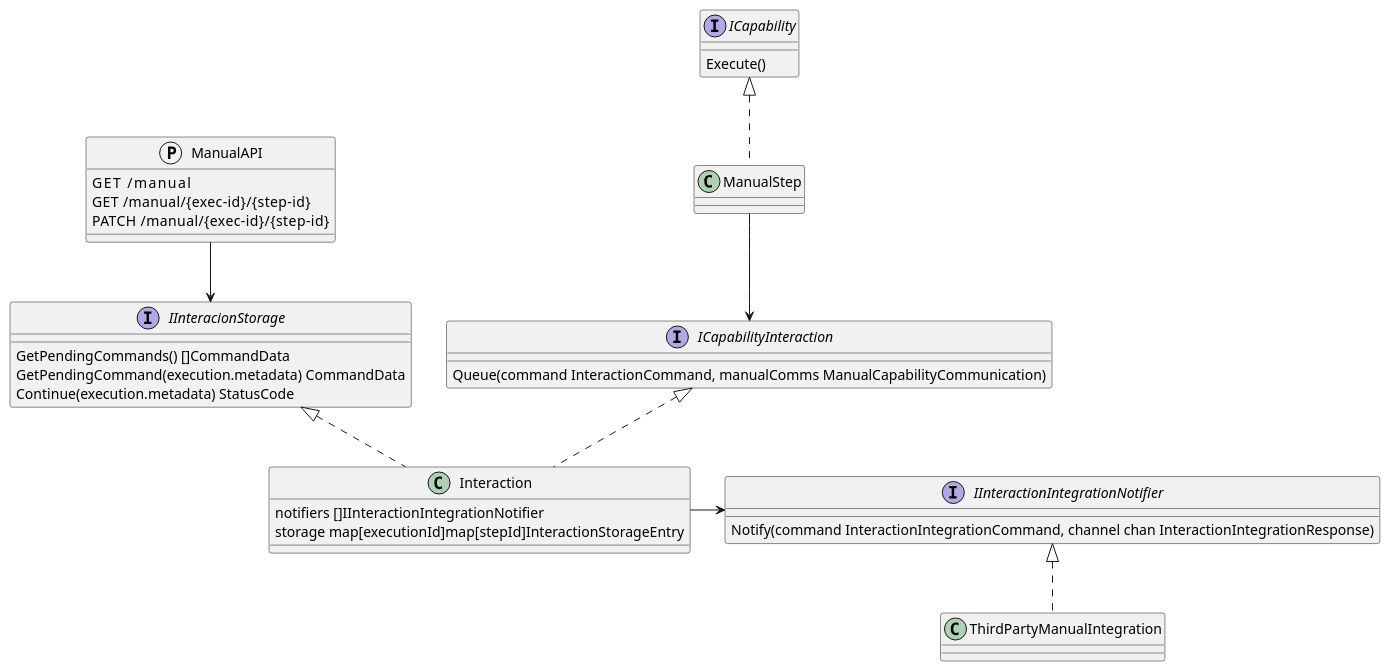
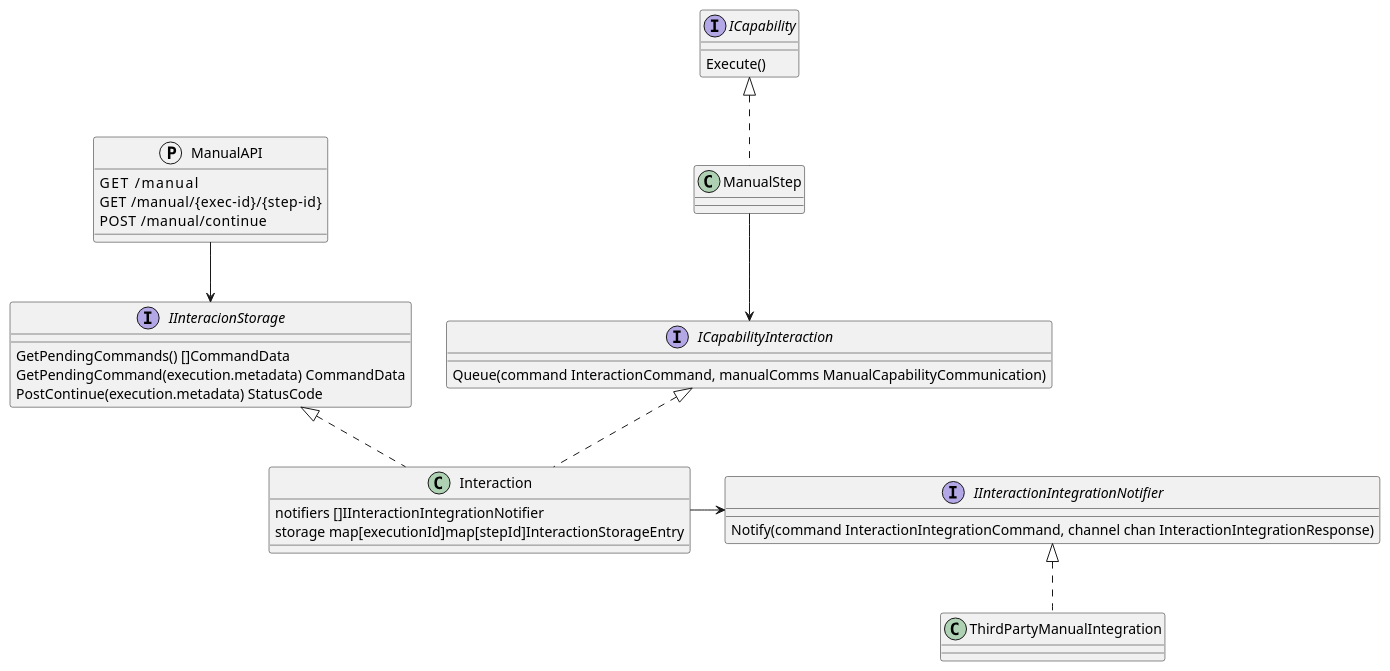
One commit to COSSAS/SOARCA changed the first of 2 diagrams in docs/content/en/docs/core-components/modules.md. Above: the diagram before and after it, drawn with PlantUML. The commit also changed other lines of this file and 6 other files, not shown here.

````diff
--- a/docs/content/en/docs/core-components/modules.md
+++ b/docs/content/en/docs/core-components/modules.md
@@ -341,49 +341,49 @@
 ```plantuml
 @startuml
 set separator ::
 
 class ManualStep 
 
 protocol ManualAPI {
     GET     /manual
-    GET    /manual/{exec-id}/{step-id}
-    PATCH    /manual/{exec-id}/{step-id}
+    GET     /manual/{exec-id}/{step-id}
+    POST    /manual/continue
 }
 
 interface ICapability{
    Execute()
 }
 
 interface ICapabilityInteraction{
     Queue(command InteractionCommand, manualComms ManualCapabilityCommunication)
 }
 
 interface IInteracionStorage{
     GetPendingCommands() []CommandData
 	GetPendingCommand(execution.metadata) CommandData
-	Continue(execution.metadata) StatusCode
+	PostContinue(execution.metadata) StatusCode
 }
 
 interface IInteractionIntegrationNotifier {
     Notify(command InteractionIntegrationCommand, channel chan InteractionIntegrationResponse)
 }
 
 class Interaction {
     notifiers []IInteractionIntegrationNotifier
     storage map[executionId]map[stepId]InteractionStorageEntry
 }
 class ThirdPartyManualIntegration
 
 
 ManualStep .up.|> ICapability
 ManualStep -down-> ICapabilityInteraction
 Interaction .up.|> ICapabilityInteraction
 Interaction .up.|> IInteracionStorage
 
 ManualAPI -down-> IInteracionStorage
 
 Interaction -right-> IInteractionIntegrationNotifier
 ThirdPartyManualIntegration .up.|> IInteractionIntegrationNotifier
 
 
 ```
````
